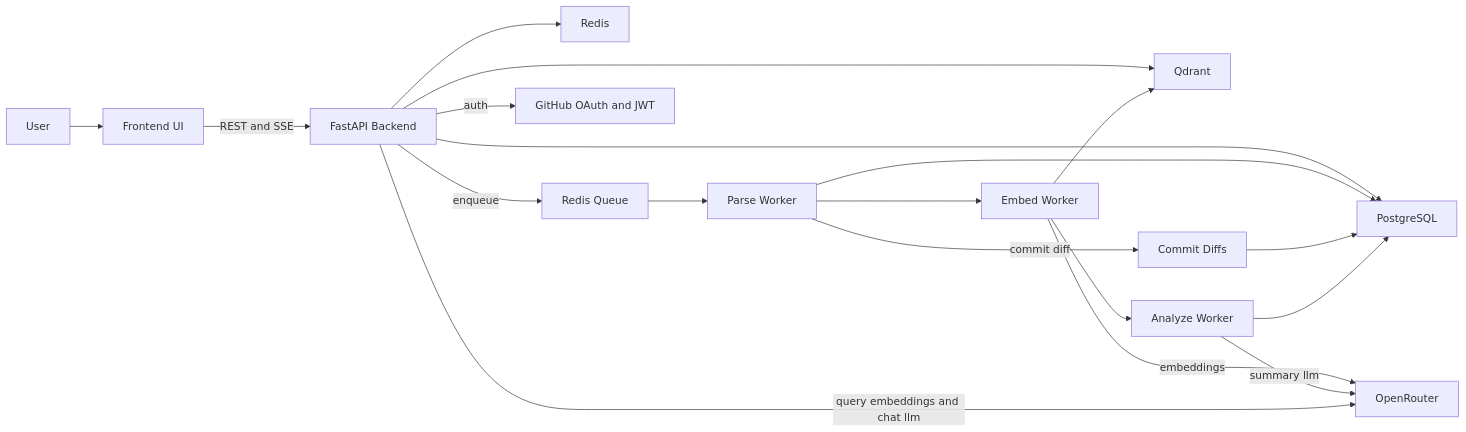
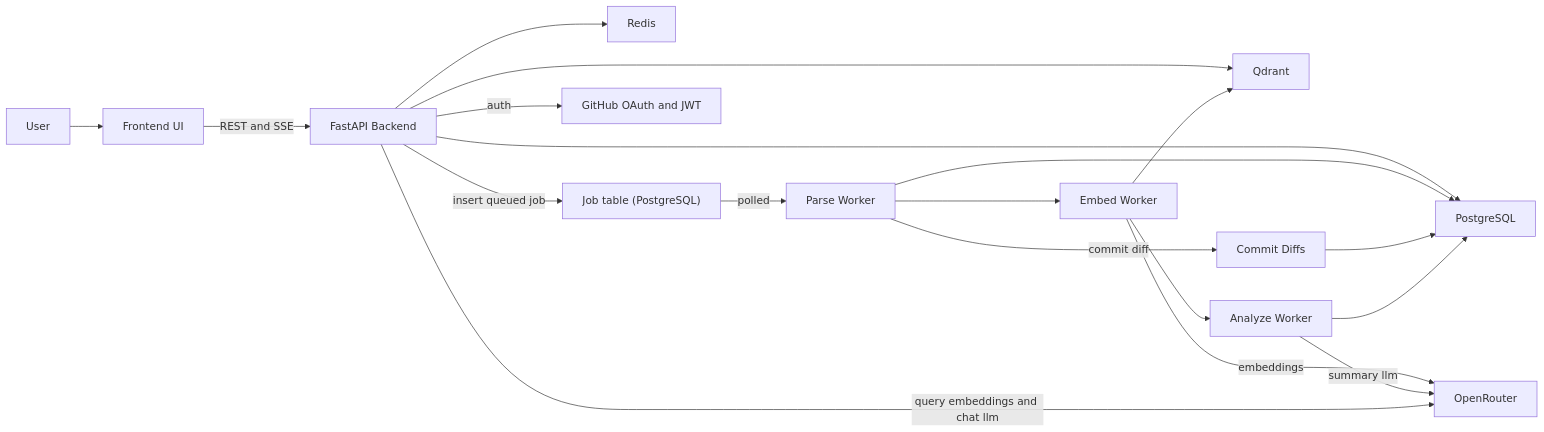
Before and after one commit to atikulmunna/devlens-fullstack: the diagram in README.md, drawn with Mermaid. The commit also changed other lines of this file and 3 other files, not shown here.

````diff
--- a/README.md
+++ b/README.md
@@ -44,25 +44,25 @@
 ```mermaid
 flowchart LR
   user["User"] --> frontend["Frontend UI"]
   frontend -->|REST and SSE| backend["FastAPI Backend"]
 
   backend --> postgres["PostgreSQL"]
   backend --> redis["Redis"]
   backend --> qdrant["Qdrant"]
 
-  backend -->|enqueue| queue["Redis Queue"]
-  queue --> parse["Parse Worker"]
+  backend -->|insert queued job| jobs["Job table (PostgreSQL)"]
+  jobs -->|polled| parse["Parse Worker"]
   parse --> embed["Embed Worker"]
   embed --> analyze["Analyze Worker"]
 
   parse --> postgres
   parse -->|commit diff| diff["Commit Diffs"]
   diff --> postgres
   embed --> qdrant
   analyze --> postgres
 
   embed -->|embeddings| openrouter["OpenRouter"]
   analyze -->|summary llm| openrouter
   backend -->|auth| auth["GitHub OAuth and JWT"]
   backend -->|query embeddings and chat llm| openrouter
 ```
````
